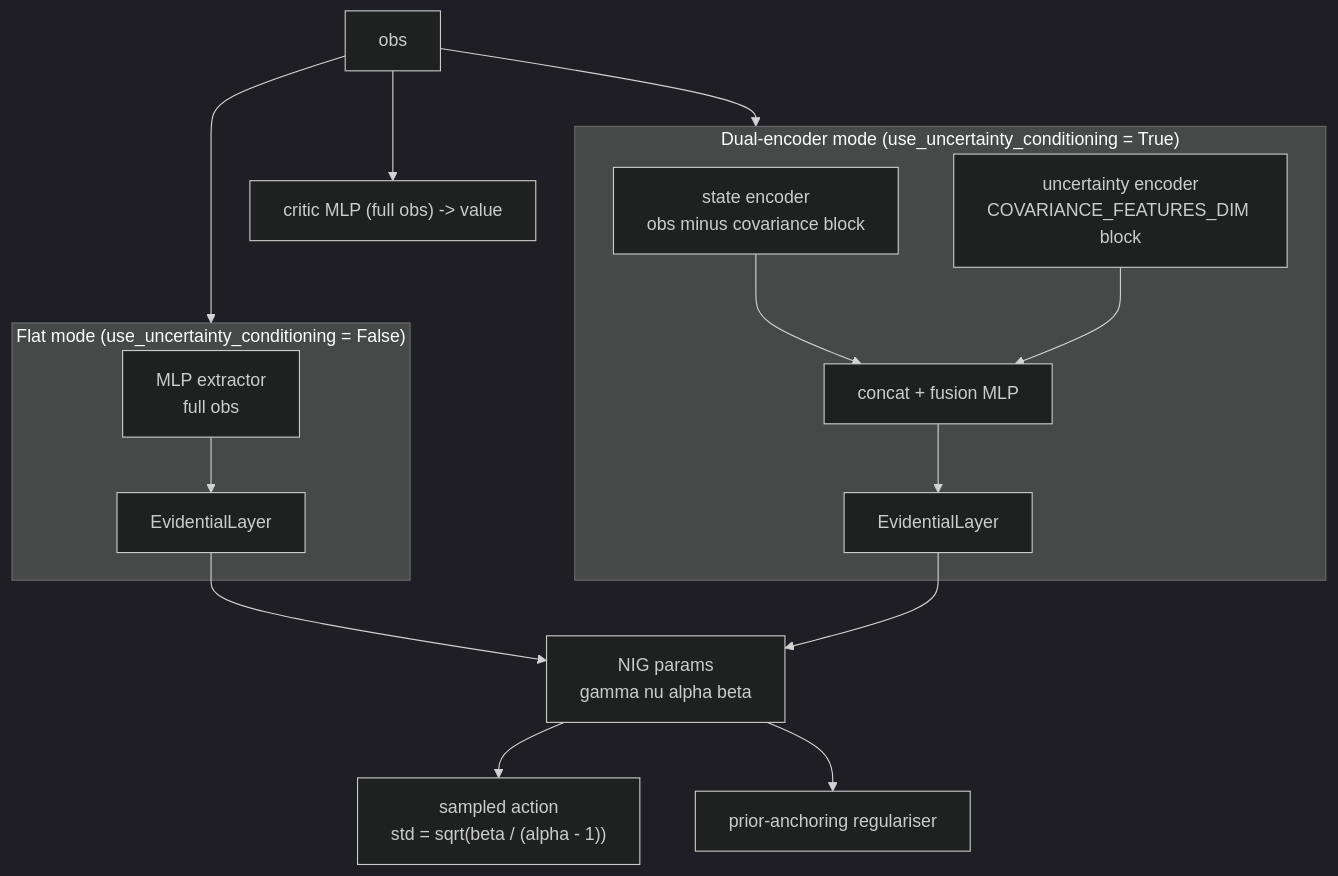
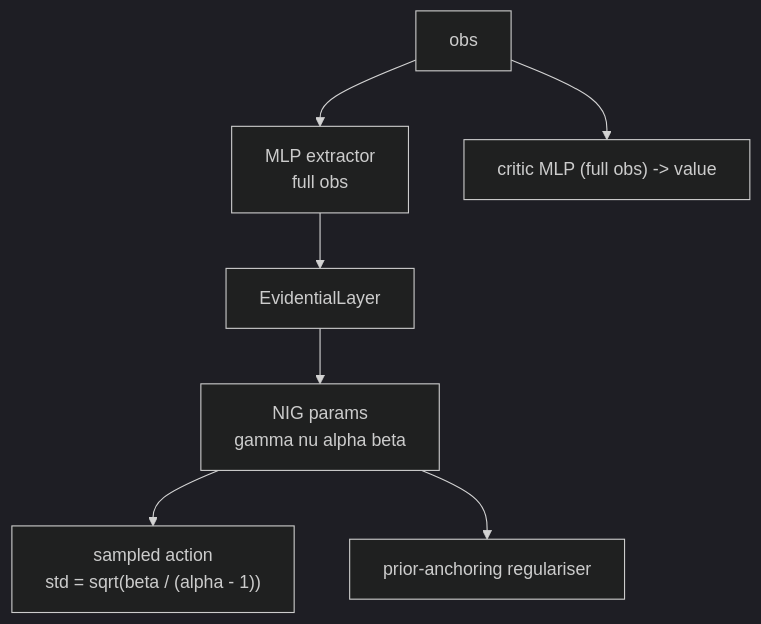
The diagram in uncertainty_rl/networks/README.md (Expo39/Uncertainty-Conditioned-RL-with-Evidential-Policy-Networks-for-Autonomous-Systems), drawn with Mermaid (dark theme) before and after one commit. The commit also changed other lines of this file and 9 other files, not shown here.

Commit message:
docs(networks): record uncertainty conditioning as an unused capability (#31)

````diff
--- a/uncertainty_rl/networks/README.md
+++ b/uncertainty_rl/networks/README.md
@@ -25,22 +25,11 @@
 ```mermaid
 flowchart TB
     OBS["obs"]
 
-    subgraph flat["Flat mode  (use_uncertainty_conditioning = False)"]
-        F1["MLP extractor\nfull obs"] --> EL1["EvidentialLayer"]
-    end
-
-    subgraph dual["Dual-encoder mode  (use_uncertainty_conditioning = True)"]
-        SE["state encoder\nobs minus covariance block"] --> CAT["concat + fusion MLP"]
-        UE["uncertainty encoder\nCOVARIANCE_FEATURES_DIM block"] --> CAT
-        CAT --> EL2["EvidentialLayer"]
-    end
-
-    OBS --> flat
-    OBS --> dual
+    OBS --> F1["MLP extractor\nfull obs"]
+    F1 --> EL1["EvidentialLayer"]
     EL1 --> NIG["NIG params\ngamma  nu  alpha  beta"]
-    EL2 --> NIG
     NIG --> ACT["sampled action\nstd = sqrt(beta / (alpha - 1))"]
     NIG --> REG["prior-anchoring regulariser"]
     OBS --> CRIT["critic MLP  (full obs)  ->  value"]
 ```
````
